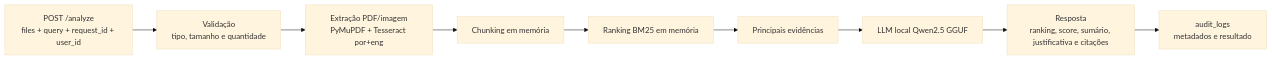
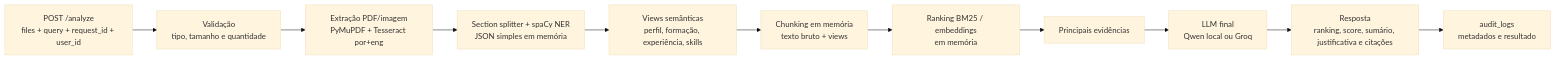
Before and after one commit to leandrolrs18/resume-analyzer: the diagram in README.md, drawn with Mermaid (base theme). The commit also changed other lines of this file and 30 other files, not shown here.

````diff
--- a/README.md
+++ b/README.md
@@ -81,11 +86,13 @@
 ```mermaid
 flowchart LR
     A["POST /analyze<br/>files + query + request_id + user_id"] --> B["Validação<br/>tipo, tamanho e quantidade"]
     B --> C["Extração PDF/imagem<br/>PyMuPDF + Tesseract por+eng"]
-    C --> D["Chunking em memória"]
-    D --> E["Ranking BM25 em memória"]
-    E --> F["Principais evidências"]
-    F --> G["LLM local Qwen2.5 GGUF"]
-    G --> H["Resposta<br/>ranking, score, sumário, justificativa e citações"]
-    H --> I["audit_logs<br/>metadados e resultado"]
+    C --> D["Section splitter + spaCy NER<br/>JSON simples em memória"]
+    D --> E["Views semânticas<br/>perfil, formação, experiência, skills"]
+    E --> F["Chunking em memória<br/>texto bruto + views"]
+    F --> G["Ranking BM25 / embeddings<br/>em memória"]
+    G --> H["Principais evidências"]
+    H --> I["LLM final<br/>Qwen local ou Groq"]
+    I --> J["Resposta<br/>ranking, score, sumário, justificativa e citações"]
+    J --> K["audit_logs<br/>metadados e resultado"]
 ```
````
